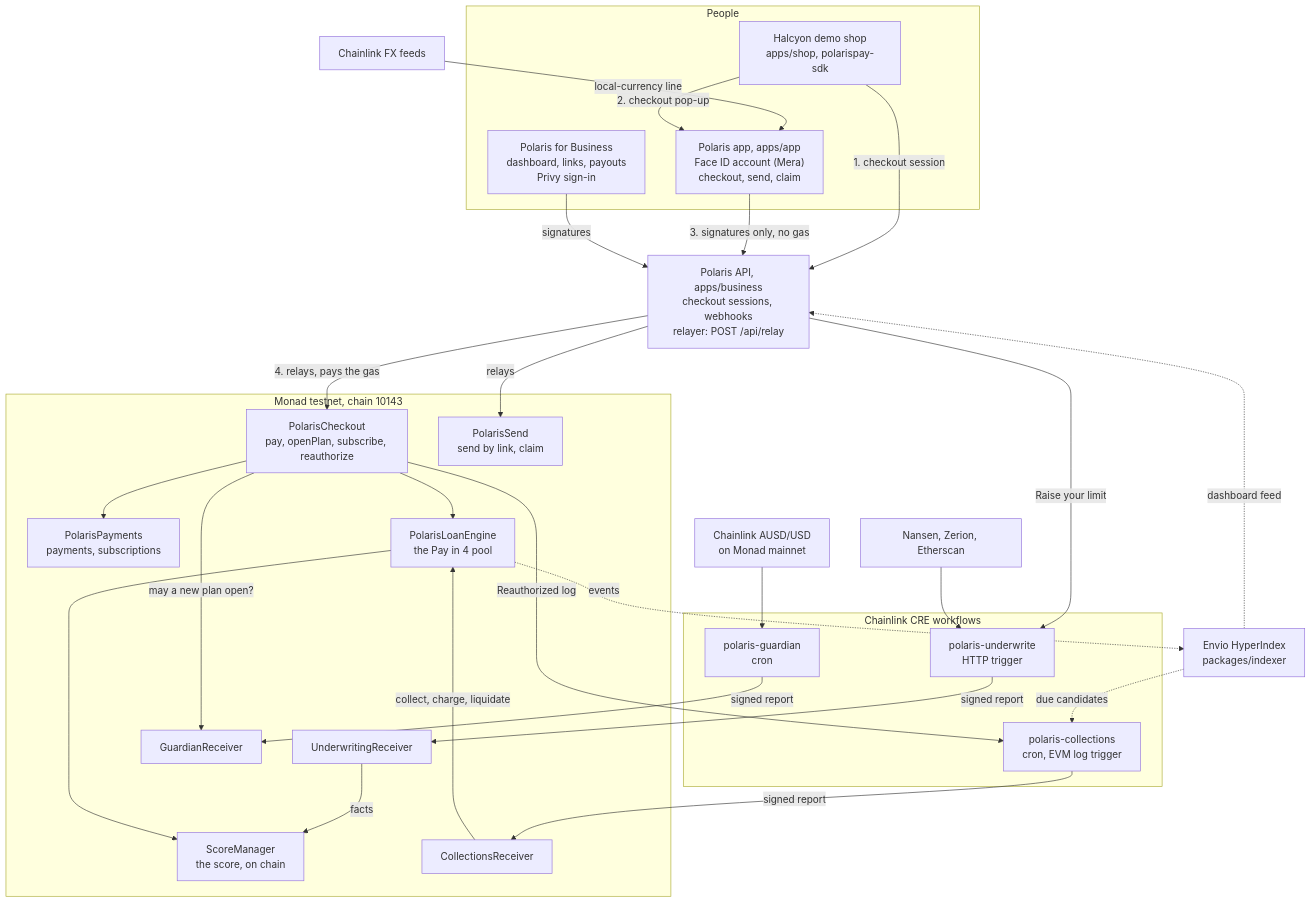
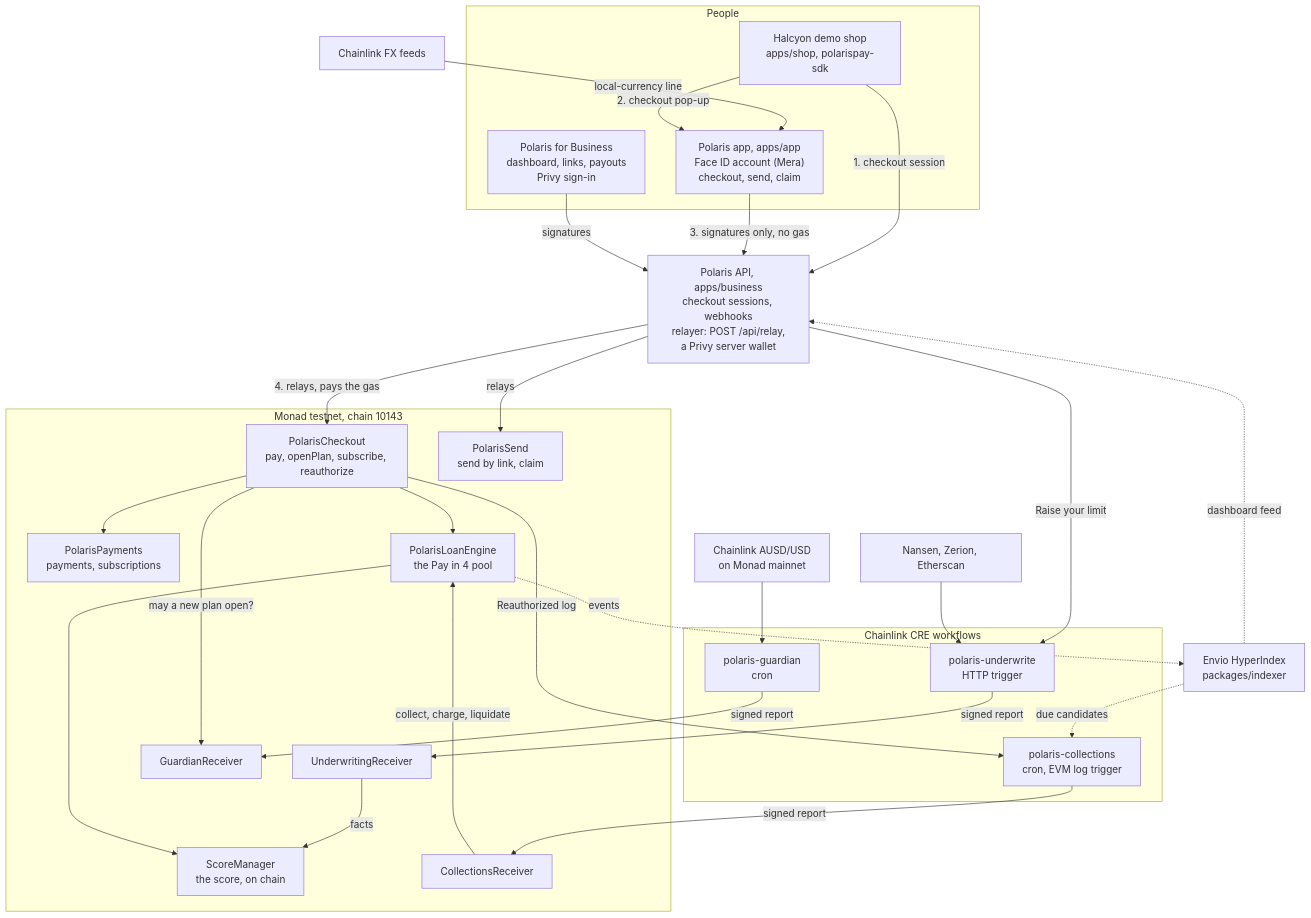
One commit to KristenAB/polaris-clockin changed the diagram in docs/submission/writeup.md. Above: the diagram before and after it, drawn with Mermaid. The commit also changed other lines of this file, not shown here.

First line of the commit message:
writeup: Privy live on testnet, every source verified, split the bill and the Android app

````diff
--- a/docs/submission/writeup.md
+++ b/docs/submission/writeup.md
@@ -109,55 +112,55 @@
 ```mermaid
 flowchart TB
     subgraph People["People"]
         SHOP["Halcyon demo shop<br/>apps/shop, polarispay-sdk"]
         APP["Polaris app, apps/app<br/>Face ID account (Mera)<br/>checkout, send, claim"]
         DASH["Polaris for Business<br/>dashboard, links, payouts<br/>Privy sign-in"]
     end
 
     FX["Chainlink FX feeds"] -- "local-currency line" --> APP
-    API["Polaris API, apps/business<br/>checkout sessions, webhooks<br/>relayer: POST /api/relay"]
+    API["Polaris API, apps/business<br/>checkout sessions, webhooks<br/>relayer: POST /api/relay,<br/>a Privy server wallet"]
 
     SHOP -- "1. checkout session" --> API
     SHOP -- "2. checkout pop-up" --> APP
     APP -- "3. signatures only, no gas" --> API
     DASH -- "signatures" --> API
 
     subgraph Testnet["Monad testnet, chain 10143"]
         CHK["PolarisCheckout<br/>pay, openPlan, subscribe, reauthorize"]
         SEND["PolarisSend<br/>send by link, claim"]
         PAY["PolarisPayments<br/>payments, subscriptions"]
         LE["PolarisLoanEngine<br/>the Pay in 4 pool"]
         SM["ScoreManager<br/>the score, on chain"]
         UWR["UnderwritingReceiver"]
         COLR["CollectionsReceiver"]
         GRR["GuardianReceiver"]
     end
 
     API -- "4. relays, pays the gas" --> CHK
     API -- "relays" --> SEND
     CHK --> PAY
     CHK --> LE
     CHK -- "may a new plan open?" --> GRR
     UWR -- "facts" --> SM
     COLR -- "collect, charge, liquidate" --> LE
     LE --> SM
 
     subgraph CRE["Chainlink CRE workflows"]
         UW["polaris-underwrite<br/>HTTP trigger"]
         COL["polaris-collections<br/>cron, EVM log trigger"]
         GRD["polaris-guardian<br/>cron"]
     end
 
     API -- "Raise your limit" --> UW
     DATA["Nansen, Zerion, Etherscan"] --> UW
     FEED["Chainlink AUSD/USD<br/>on Monad mainnet"] --> GRD
     CHK -- "Reauthorized log" --> COL
     UW -- "signed report" --> UWR
     COL -- "signed report" --> COLR
     GRD -- "signed report" --> GRR
 
     IDX["Envio HyperIndex<br/>packages/indexer"]
     LE -. "events" .-> IDX
     IDX -. "dashboard feed" .-> API
     IDX -. "due candidates" .-> COL
 ```
````
